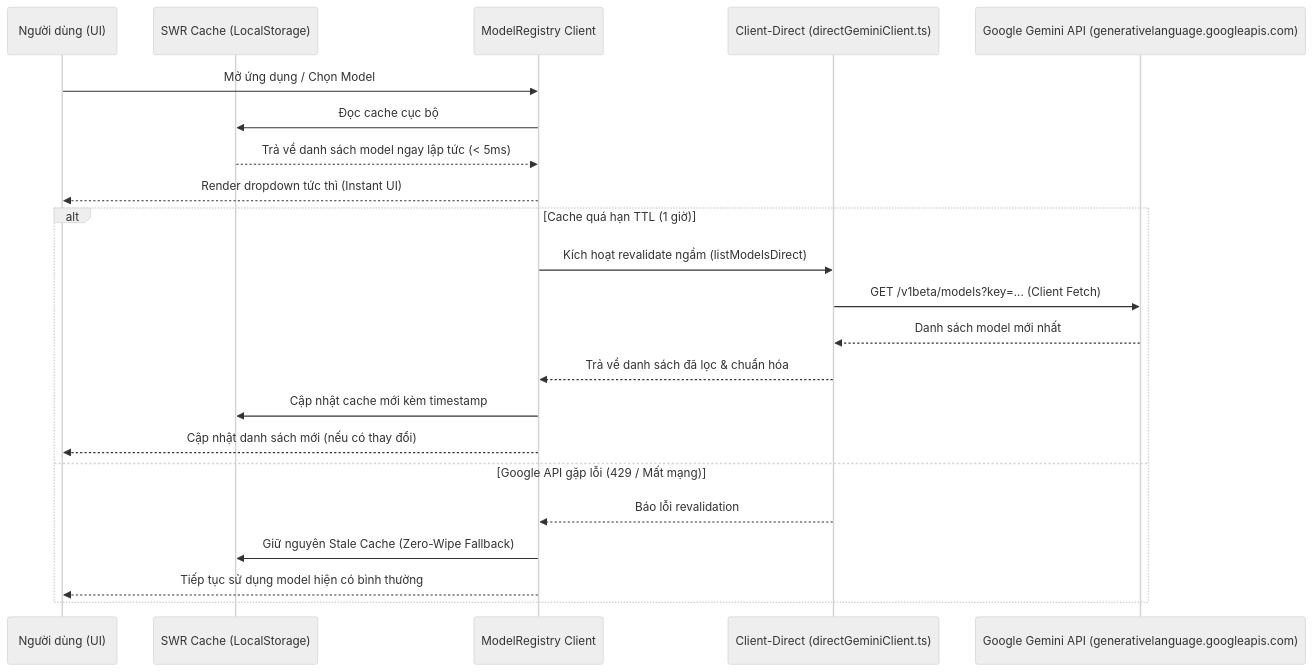
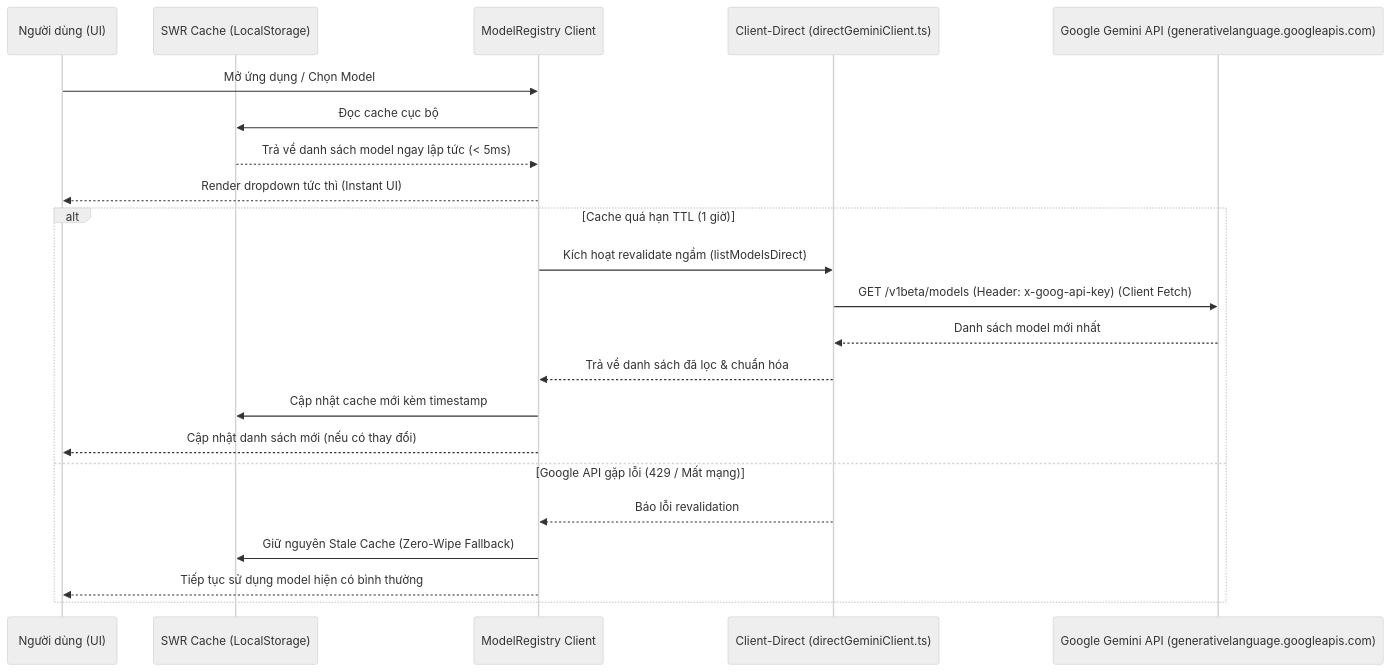
The first of 2 diagrams in docs/model-system.md (caoduongle/API_dich_truyen), drawn with Mermaid (neutral theme) before and after one commit. The commit also changed other lines of this file and 19 other files, not shown here.

````diff
--- a/docs/model-system.md
+++ b/docs/model-system.md
@@ -26,26 +26,26 @@
 ```mermaid
 sequenceDiagram
     participant User as Người dùng (UI)
     participant Cache as SWR Cache (LocalStorage)
     participant Registry as ModelRegistry Client
     participant DirectClient as Client-Direct (directGeminiClient.ts)
     participant Google as Google Gemini API (generativelanguage.googleapis.com)
 
     User->>Registry: Mở ứng dụng / Chọn Model
     Registry->>Cache: Đọc cache cục bộ
     Cache-->>Registry: Trả về danh sách model ngay lập tức (< 5ms)
     Registry-->>User: Render dropdown tức thì (Instant UI)
 
     alt Cache quá hạn TTL (1 giờ)
         Registry->>DirectClient: Kích hoạt revalidate ngầm (listModelsDirect)
-        DirectClient->>Google: GET /v1beta/models?key=... (Client Fetch)
+        DirectClient->>Google: GET /v1beta/models (Header: x-goog-api-key) (Client Fetch)
         Google-->>DirectClient: Danh sách model mới nhất
         DirectClient-->>Registry: Trả về danh sách đã lọc & chuẩn hóa
         Registry->>Cache: Cập nhật cache mới kèm timestamp
         Registry-->>User: Cập nhật danh sách mới (nếu có thay đổi)
     else Google API gặp lỗi (429 / Mất mạng)
         DirectClient-->>Registry: Báo lỗi revalidation
         Registry->>Cache: Giữ nguyên Stale Cache (Zero-Wipe Fallback)
         Registry-->>User: Tiếp tục sử dụng model hiện có bình thường
     end
 ```
````
